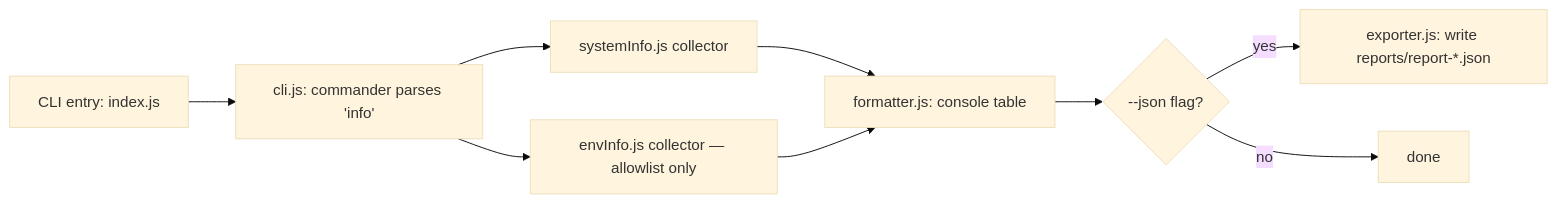
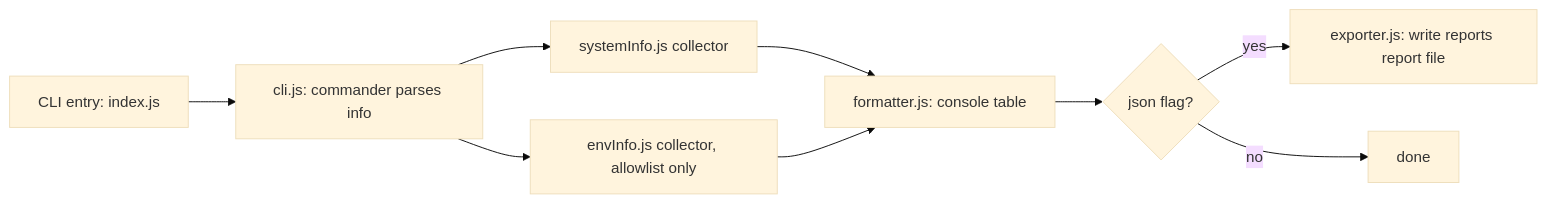
The first of 2 diagrams in README.md (ChiragSaxena-In/sandboxed-cli-toolkit), drawn with Mermaid (base theme) before and after one commit. The commit also changed other lines of this file, not shown here.

````diff
--- a/README.md
+++ b/README.md
@@ -36,11 +36,11 @@
 ```mermaid
 flowchart LR
-    A[CLI entry: index.js] --> B[cli.js: commander parses 'info']
+    A[CLI entry: index.js] --> B[cli.js: commander parses info]
     B --> C[systemInfo.js collector]
-    B --> D[envInfo.js collector — allowlist only]
+    B --> D[envInfo.js collector, allowlist only]
     C --> E[formatter.js: console table]
     D --> E
-    E --> F{--json flag?}
-    F -- yes --> G[exporter.js: write reports/report-*.json]
+    E --> F{json flag?}
+    F -- yes --> G[exporter.js: write reports report file]
     F -- no --> H[done]
 ```
````
